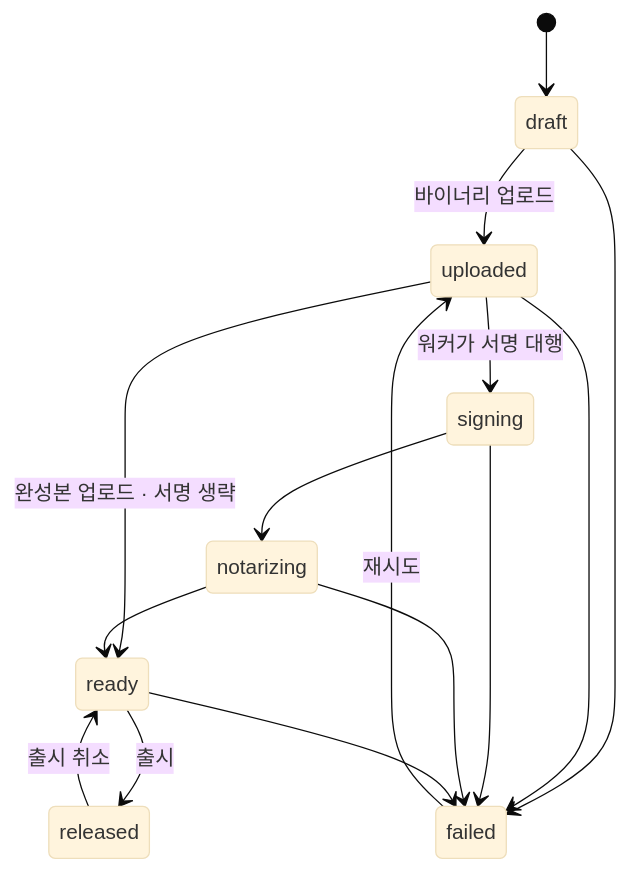
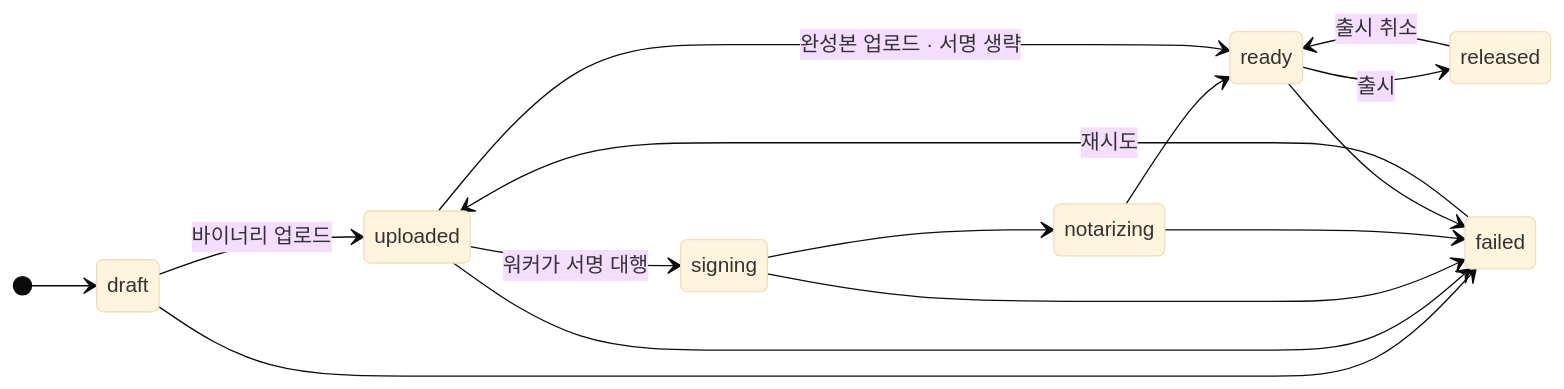
The second of 2 diagrams in docs/design.md (knine79/alley-store), drawn with Mermaid (base theme) before and after one commit. The commit also changed other lines of this file, not shown here.

First line of the commit message:
docs: 다이어그램 배치를 정리한다

````diff
--- a/docs/design.md
+++ b/docs/design.md
@@ -230,18 +233,19 @@
 ```mermaid
 stateDiagram-v2
+    direction LR
     [*] --> draft
     draft --> uploaded: 바이너리 업로드
     uploaded --> signing: 워커가 서명 대행
-    uploaded --> ready: 완성본 업로드 · 서명 생략
     signing --> notarizing
     notarizing --> ready
+    uploaded --> ready: 완성본 업로드 · 서명 생략
     ready --> released: 출시
     released --> ready: 출시 취소
 
     draft --> failed
     uploaded --> failed
     signing --> failed
     notarizing --> failed
     ready --> failed
     failed --> uploaded: 재시도
 ```
````
